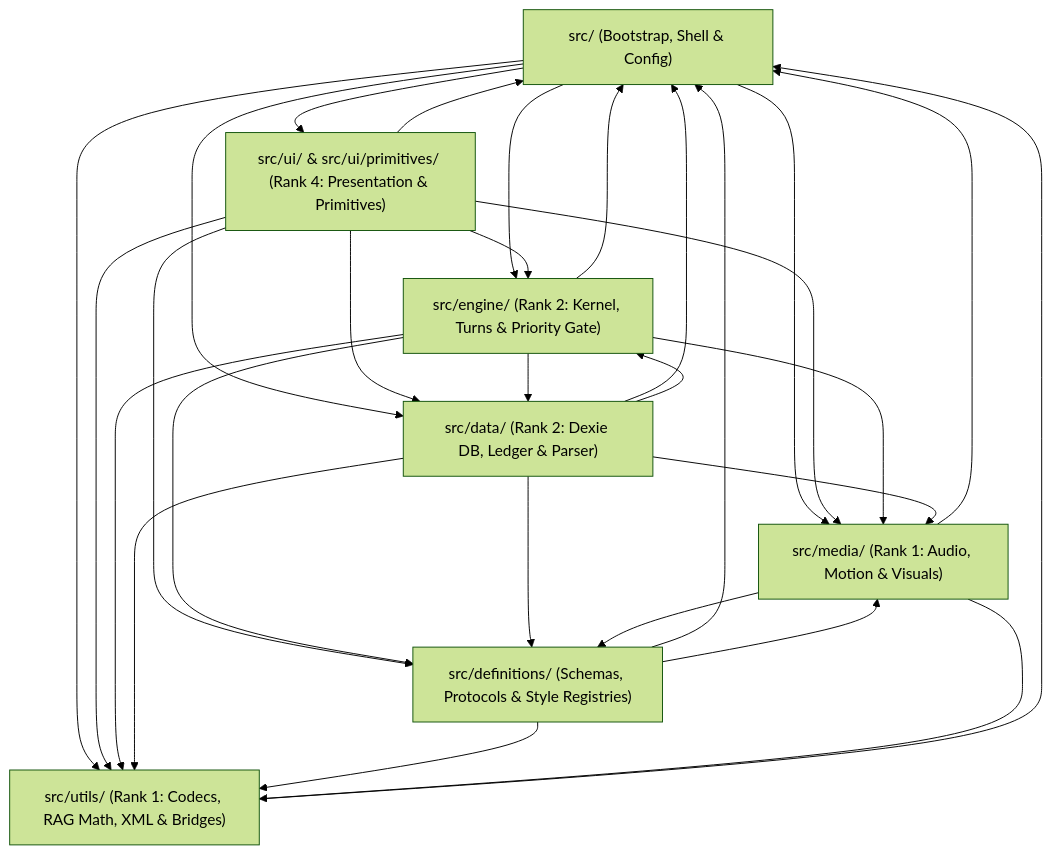
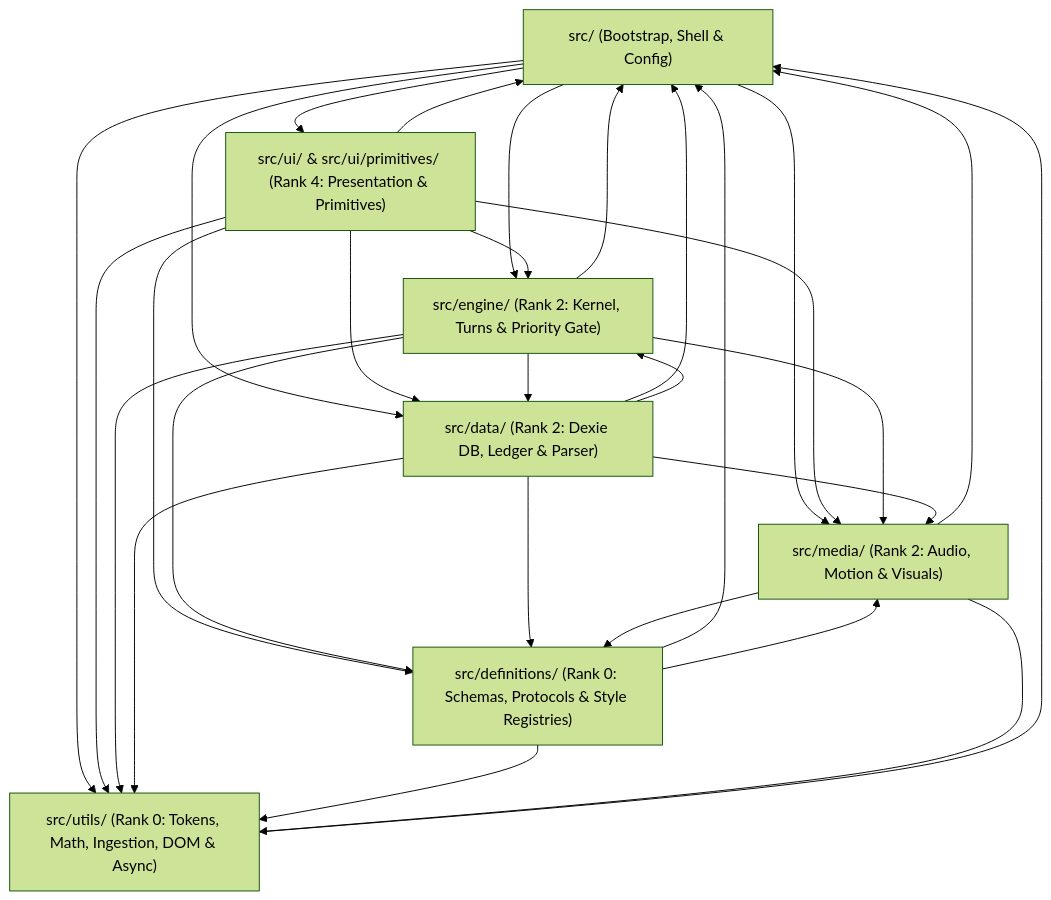
One commit to JooduG/RPGlitch changed the diagram in README.md. Above: the diagram before and after it, drawn with Mermaid (forest theme). The commit also changed other lines of this file and 48 other files, not shown here.

````diff
--- a/README.md
+++ b/README.md
@@ -17,39 +17,39 @@
 ```mermaid
 flowchart TD
     Root["src/ (Bootstrap, Shell & Config)"]
     UI["src/ui/ & src/ui/primitives/ (Rank 4: Presentation & Primitives)"]
     Engine["src/engine/ (Rank 2: Kernel, Turns & Priority Gate)"]
     Data["src/data/ (Rank 2: Dexie DB, Ledger & Parser)"]
-    Media["src/media/ (Rank 1: Audio, Motion & Visuals)"]
-    Utils["src/utils/ (Rank 1: Codecs, RAG Math, XML & Bridges)"]
-    Defs["src/definitions/ (Schemas, Protocols & Style Registries)"]
+    Media["src/media/ (Rank 2: Audio, Motion & Visuals)"]
+    Utils["src/utils/ (Rank 0: Tokens, Math, Ingestion, DOM & Async)"]
+    Defs["src/definitions/ (Rank 0: Schemas, Protocols & Style Registries)"]
 
     Root --> UI
     Root --> Engine
     Root --> Data
     Root --> Media
     Root --> Utils
     UI --> Root
     UI --> Engine
     UI --> Data
     UI --> Media
     UI --> Utils
     UI --> Defs
     Engine --> Root
     Engine --> Data
     Engine --> Media
     Engine --> Utils
     Engine --> Defs
     Data --> Root
     Data --> Engine
     Data --> Media
     Data --> Utils
     Data --> Defs
     Defs --> Root
     Defs --> Media
     Defs --> Utils
     Media --> Root
     Media --> Defs
     Media --> Utils
     Utils --> Root
 ```
````
